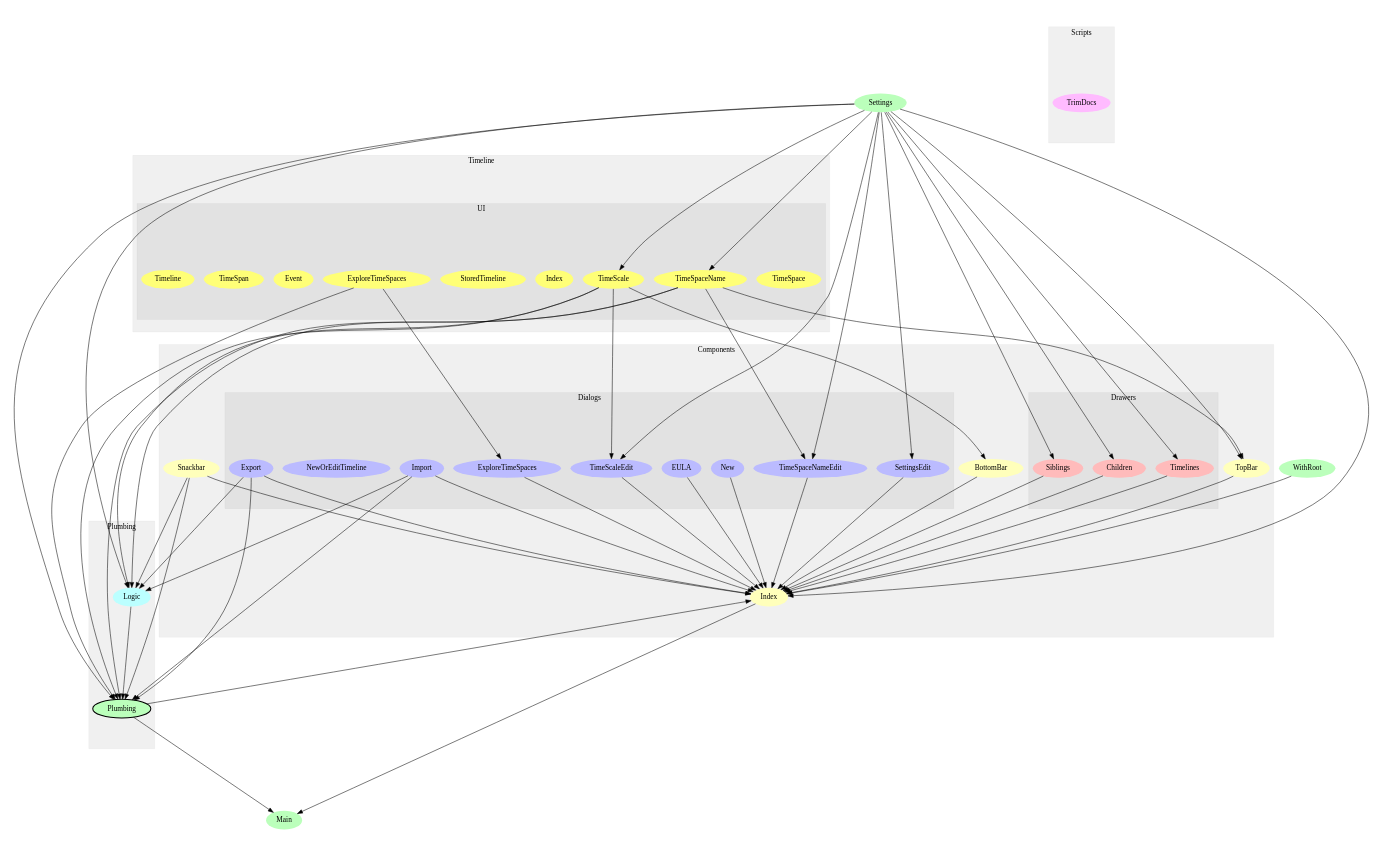
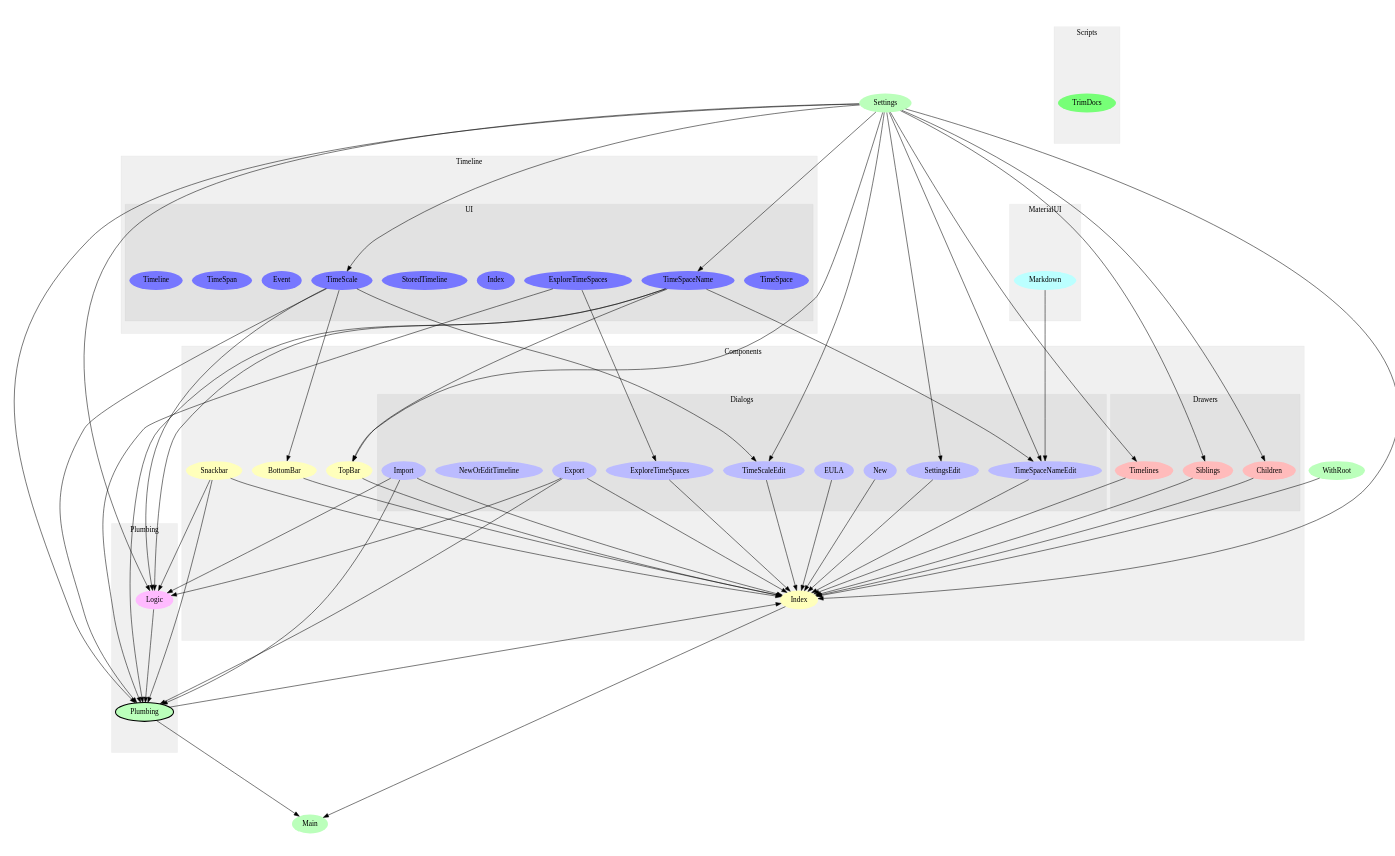
The diagram in graphs/modules.dot (openchronology/openchronology.github.io), drawn with Graphviz before and after one commit. The commit also changed 7 other files, not shown here.

Commit message:
better material-ui markdown

```diff
--- a/graphs/modules.dot
+++ b/graphs/modules.dot
@@ -1,125 +1,133 @@
 digraph Modules {
 size="12,8";
 ratio="fill";
-u16[label="Settings",style="filled",fillcolor="#bbffbb",penwidth="0"];
-u18[label="Main",style="filled",fillcolor="#bbffbb",penwidth="0"];
-u29[label="WithRoot",style="filled",fillcolor="#bbffbb",penwidth="0"];
+u17[label="Settings",style="filled",fillcolor="#bbffbb",penwidth="0"];
+u19[label="Main",style="filled",fillcolor="#bbffbb",penwidth="0"];
+u30[label="WithRoot",style="filled",fillcolor="#bbffbb",penwidth="0"];
 subgraph cluster_0 {
 label="Components";
 color="#0000000F";
 style="filled";
-u0[label="BottomBar",style="filled",fillcolor="#ffffbb",penwidth="0"];
-u10[label="TopBar",style="filled",fillcolor="#ffffbb",penwidth="0"];
-u11[label="Index",style="filled",fillcolor="#ffffbb",penwidth="0"];
-u12[label="Snackbar",style="filled",fillcolor="#ffffbb",penwidth="0"];
+u1[label="BottomBar",style="filled",fillcolor="#ffffbb",penwidth="0"];
+u11[label="TopBar",style="filled",fillcolor="#ffffbb",penwidth="0"];
+u12[label="Index",style="filled",fillcolor="#ffffbb",penwidth="0"];
+u13[label="Snackbar",style="filled",fillcolor="#ffffbb",penwidth="0"];
 subgraph cluster_1 {
 label="Dialogs";
 color="#0000000F";
 style="filled";
-u1[label="EULA",style="filled",fillcolor="#bbbbff",penwidth="0"];
-u2[label="Import",style="filled",fillcolor="#bbbbff",penwidth="0"];
-u3[label="ExploreTimeSpaces",style="filled",fillcolor="#bbbbff",penwidth="0"];
-u4[label="SettingsEdit",style="filled",fillcolor="#bbbbff",penwidth="0"];
-u5[label="TimeScaleEdit",style="filled",fillcolor="#bbbbff",penwidth="0"];
-u6[label="TimeSpaceNameEdit",style="filled",fillcolor="#bbbbff",penwidth="0"];
-u7[label="Export",style="filled",fillcolor="#bbbbff",penwidth="0"];
-u8[label="NewOrEditTimeline",style="filled",fillcolor="#bbbbff",penwidth="0"];
-u9[label="New",style="filled",fillcolor="#bbbbff",penwidth="0"];
+u2[label="EULA",style="filled",fillcolor="#bbbbff",penwidth="0"];
+u3[label="Import",style="filled",fillcolor="#bbbbff",penwidth="0"];
+u4[label="ExploreTimeSpaces",style="filled",fillcolor="#bbbbff",penwidth="0"];
+u5[label="SettingsEdit",style="filled",fillcolor="#bbbbff",penwidth="0"];
+u6[label="TimeScaleEdit",style="filled",fillcolor="#bbbbff",penwidth="0"];
+u7[label="TimeSpaceNameEdit",style="filled",fillcolor="#bbbbff",penwidth="0"];
+u8[label="Export",style="filled",fillcolor="#bbbbff",penwidth="0"];
+u9[label="NewOrEditTimeline",style="filled",fillcolor="#bbbbff",penwidth="0"];
+u10[label="New",style="filled",fillcolor="#bbbbff",penwidth="0"];
 
 }
 subgraph cluster_2 {
 label="Drawers";
 color="#0000000F";
 style="filled";
-u13[label="Siblings",style="filled",fillcolor="#ffbbbb",penwidth="0"];
-u14[label="Children",style="filled",fillcolor="#ffbbbb",penwidth="0"];
-u15[label="Timelines",style="filled",fillcolor="#ffbbbb",penwidth="0"];
+u14[label="Siblings",style="filled",fillcolor="#ffbbbb",penwidth="0"];
+u15[label="Children",style="filled",fillcolor="#ffbbbb",penwidth="0"];
+u16[label="Timelines",style="filled",fillcolor="#ffbbbb",penwidth="0"];
 
 }
 
 }
 subgraph cluster_3 {
+label="MaterialUI";
+color="#0000000F";
+style="filled";
+u0[label="Markdown",style="filled",fillcolor="#bbffff",penwidth="0"];
+
+}
+subgraph cluster_4 {
 label="Plumbing";
 color="#0000000F";
 style="filled";
-u17[label="Plumbing",style="filled,bold",fillcolor="#bbffbb"];
-u28[label="Logic",style="filled",fillcolor="#bbffff",penwidth="0"];
+u18[label="Plumbing",style="filled,bold",fillcolor="#bbffbb"];
+u29[label="Logic",style="filled",fillcolor="#ffbbff",penwidth="0"];
 
 }
-subgraph cluster_4 {
+subgraph cluster_5 {
 label="Scripts";
 color="#0000000F";
 style="filled";
-u30[label="TrimDocs",style="filled",fillcolor="#ffbbff",penwidth="0"];
+u31[label="TrimDocs",style="filled",fillcolor="#77ff77",penwidth="0"];
 
 }
-subgraph cluster_5 {
+subgraph cluster_6 {
 label="Timeline";
 color="#0000000F";
 style="filled";
-subgraph cluster_6 {
+subgraph cluster_7 {
 label="UI";
 color="#0000000F";
 style="filled";
-u19[label="TimeSpace",style="filled",fillcolor="#ffff77",penwidth="0"];
-u20[label="ExploreTimeSpaces",style="filled",fillcolor="#ffff77",penwidth="0"];
-u21[label="TimeScale",style="filled",fillcolor="#ffff77",penwidth="0"];
-u22[label="Index",style="filled",fillcolor="#ffff77",penwidth="0"];
-u23[label="StoredTimeline",style="filled",fillcolor="#ffff77",penwidth="0"];
-u24[label="TimeSpaceName",style="filled",fillcolor="#ffff77",penwidth="0"];
-u25[label="Event",style="filled",fillcolor="#ffff77",penwidth="0"];
-u26[label="TimeSpan",style="filled",fillcolor="#ffff77",penwidth="0"];
-u27[label="Timeline",style="filled",fillcolor="#ffff77",penwidth="0"];
+u20[label="TimeSpace",style="filled",fillcolor="#7777ff",penwidth="0"];
+u21[label="ExploreTimeSpaces",style="filled",fillcolor="#7777ff",penwidth="0"];
+u22[label="TimeScale",style="filled",fillcolor="#7777ff",penwidth="0"];
+u23[label="Index",style="filled",fillcolor="#7777ff",penwidth="0"];
+u24[label="StoredTimeline",style="filled",fillcolor="#7777ff",penwidth="0"];
+u25[label="TimeSpaceName",style="filled",fillcolor="#7777ff",penwidth="0"];
+u26[label="Event",style="filled",fillcolor="#7777ff",penwidth="0"];
+u27[label="TimeSpan",style="filled",fillcolor="#7777ff",penwidth="0"];
+u28[label="Timeline",style="filled",fillcolor="#7777ff",penwidth="0"];
 
 }
 
 }
-u21 -> u0;
-u20 -> u3;
-u16 -> u4;
-u16 -> u5;
-u21 -> u5;
-u16 -> u6;
-u24 -> u6;
-u16 -> u10;
-u24 -> u10;
-u0 -> u11;
-u1 -> u11;
-u2 -> u11;
-u3 -> u11;
-u4 -> u11;
-u5 -> u11;
-u6 -> u11;
-u7 -> u11;
-u9 -> u11;
-u10 -> u11;
-u12 -> u11;
-u13 -> u11;
-u14 -> u11;
-u15 -> u11;
-u16 -> u11;
+u22 -> u1;
+u21 -> u4;
+u17 -> u5;
+u17 -> u6;
+u22 -> u6;
+u0 -> u7;
+u17 -> u7;
+u25 -> u7;
 u17 -> u11;
-u29 -> u11;
-u16 -> u13;
-u16 -> u14;
-u16 -> u15;
-u2 -> u17;
-u7 -> u17;
-u12 -> u17;
-u16 -> u17;
-u20 -> u17;
-u21 -> u17;
-u24 -> u17;
-u28 -> u17;
-u11 -> u18;
+u25 -> u11;
+u1 -> u12;
+u2 -> u12;
+u3 -> u12;
+u4 -> u12;
+u5 -> u12;
+u6 -> u12;
+u7 -> u12;
+u8 -> u12;
+u10 -> u12;
+u11 -> u12;
+u13 -> u12;
+u14 -> u12;
+u15 -> u12;
+u16 -> u12;
+u17 -> u12;
+u18 -> u12;
+u30 -> u12;
+u17 -> u14;
+u17 -> u15;
+u17 -> u16;
+u3 -> u18;
+u8 -> u18;
+u13 -> u18;
 u17 -> u18;
-u16 -> u21;
-u16 -> u24;
-u2 -> u28;
-u7 -> u28;
-u12 -> u28;
-u16 -> u28;
-u21 -> u28;
-u24 -> u28;
+u21 -> u18;
+u22 -> u18;
+u25 -> u18;
+u29 -> u18;
+u12 -> u19;
+u18 -> u19;
+u17 -> u22;
+u17 -> u25;
+u3 -> u29;
+u8 -> u29;
+u13 -> u29;
+u17 -> u29;
+u22 -> u29;
+u25 -> u29;
 
 }
```
